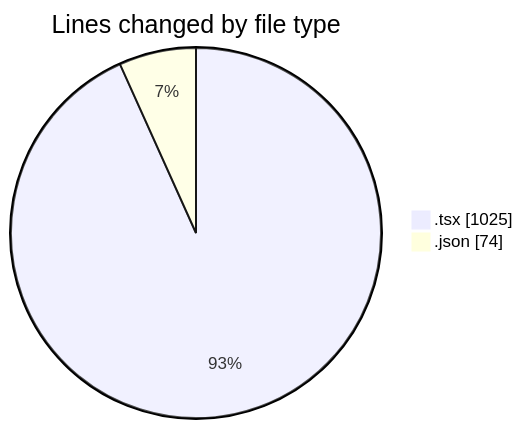
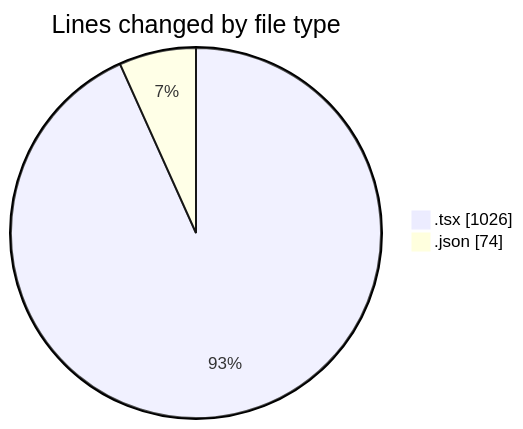
The first of 2 diagrams in 2025-04-08/cda/README.md (momahboobian/code-tracking), drawn with Mermaid before and after one commit. The commit also changed other lines of this file and 1 other file, not shown here.

````diff
--- a/2025-04-08/cda/README.md
+++ b/2025-04-08/cda/README.md
@@ -22,6 +22,6 @@
 ```mermaid
 pie showData
 title Lines changed by file type
-".tsx" : 1025
+".tsx" : 1026
 ".json" : 74
 ```
````
